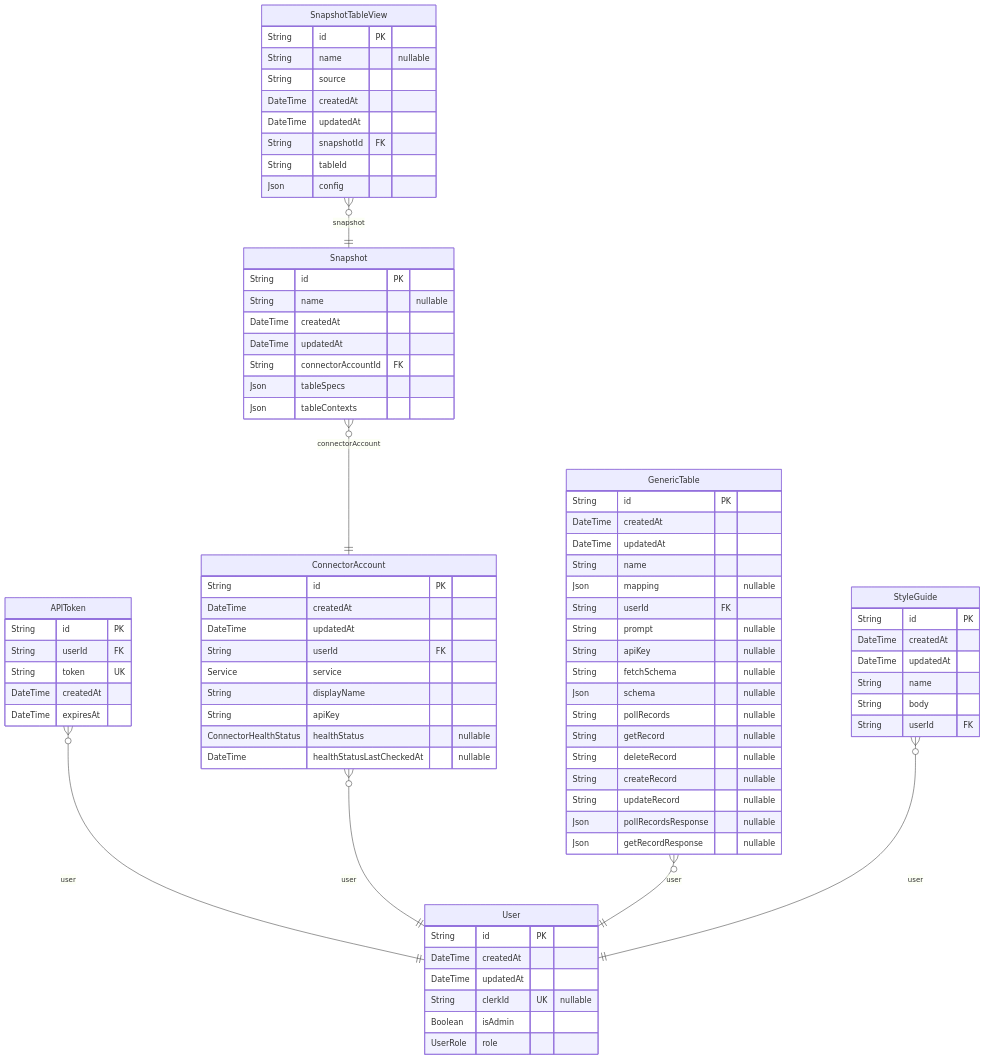
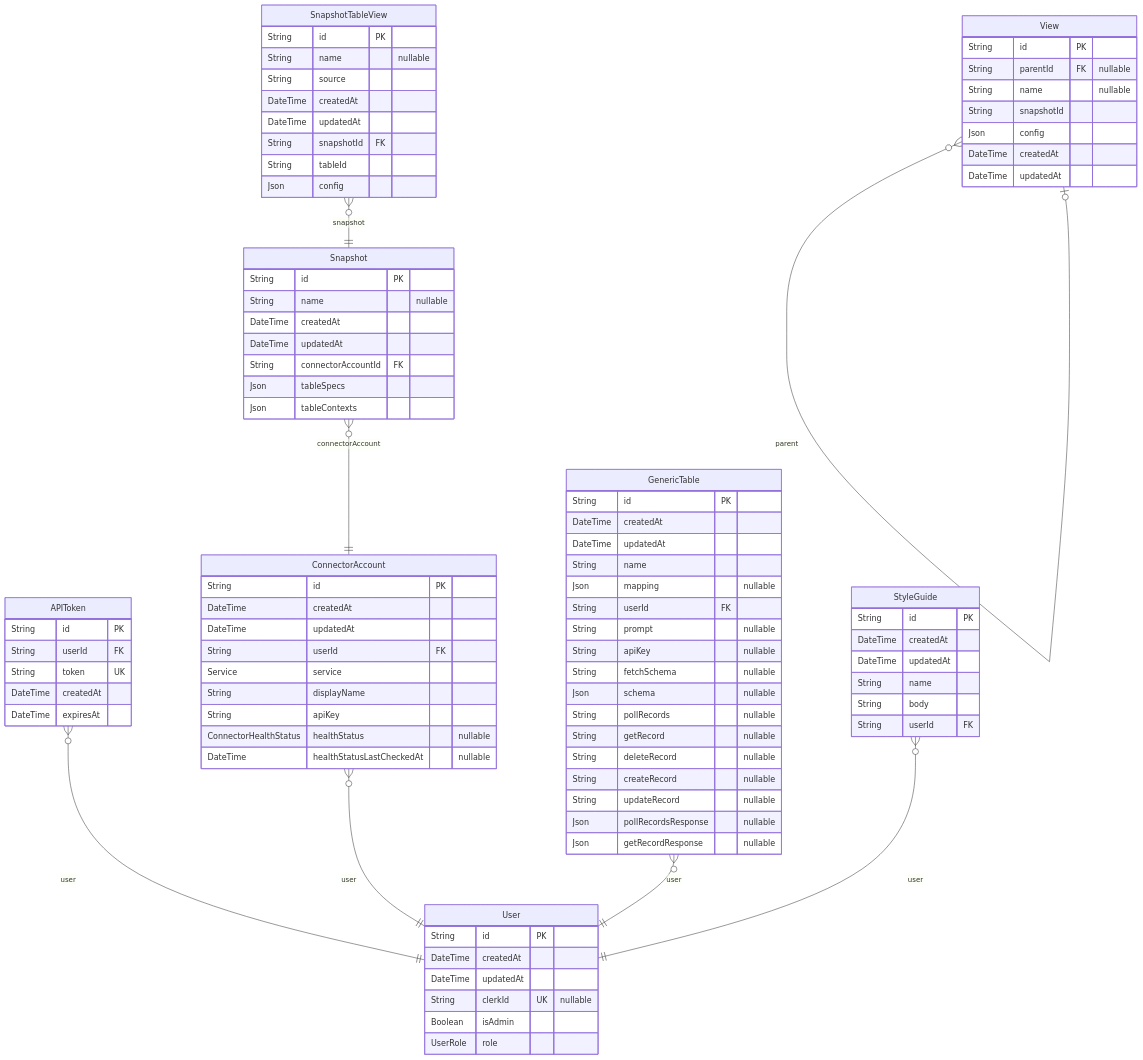
The diagram in server/prisma/ERD.md (whalesync/scratch-cli), drawn with Mermaid before and after one commit. The commit also changed other lines of this file and 19 other files, not shown here.

````diff
--- a/server/prisma/ERD.md
+++ b/server/prisma/ERD.md
@@ -80,10 +80,20 @@
   String body
   String userId FK
 }
+"View" {
+  String id PK
+  String parentId FK "nullable"
+  String name "nullable"
+  String snapshotId
+  Json config
+  DateTime createdAt
+  DateTime updatedAt
+}
 "APIToken" }o--|| "User" : user
 "ConnectorAccount" }o--|| "User" : user
 "Snapshot" }o--|| "ConnectorAccount" : connectorAccount
 "GenericTable" }o--|| "User" : user
 "SnapshotTableView" }o--|| "Snapshot" : snapshot
 "StyleGuide" }o--|| "User" : user
+"View" }o--o| "View" : parent
 ```
````
